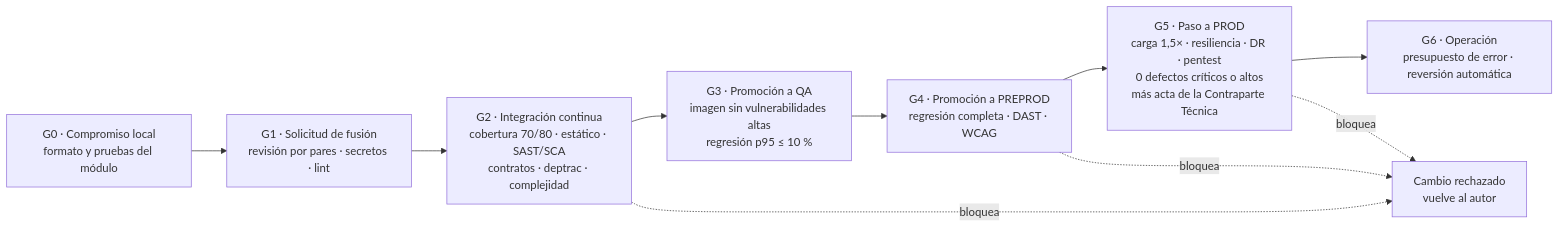
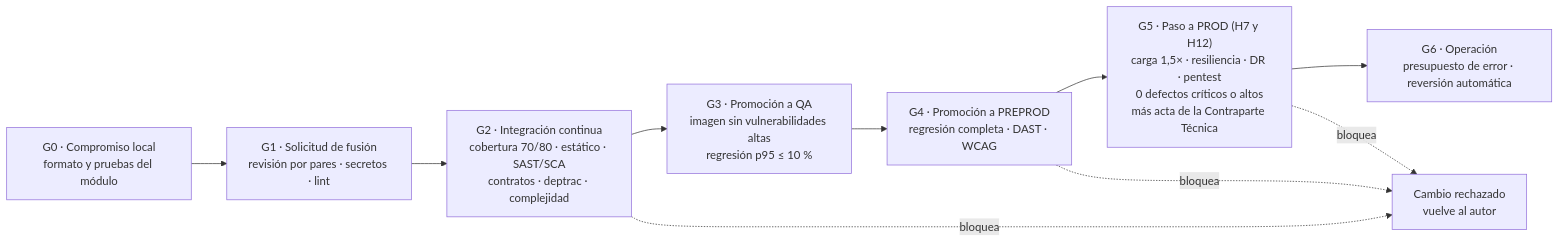
Before and after one commit to PatricioH315/LafroX: the third of 10 diagrams in 09_plan_calidad/LAFROX-Subdocumento9.md, drawn with Mermaid. The commit also changed other lines of this file and 18 other files, not shown here.

````diff
--- a/09_plan_calidad/LAFROX-Subdocumento9.md
+++ b/09_plan_calidad/LAFROX-Subdocumento9.md
@@ -211,12 +207,12 @@
 ```mermaid
 flowchart LR
     G0["G0 · Compromiso local<br/>formato y pruebas del módulo"] --> G1["G1 · Solicitud de fusión<br/>revisión por pares · secretos · lint"]
     G1 --> G2["G2 · Integración continua<br/>cobertura 70/80 · estático · SAST/SCA<br/>contratos · deptrac · complejidad"]
     G2 --> G3["G3 · Promoción a QA<br/>imagen sin vulnerabilidades altas<br/>regresión p95 ≤ 10 %"]
     G3 --> G4["G4 · Promoción a PREPROD<br/>regresión completa · DAST · WCAG"]
-    G4 --> G5["G5 · Paso a PROD<br/>carga 1,5× · resiliencia · DR · pentest<br/>0 defectos críticos o altos<br/>más acta de la Contraparte Técnica"]
+    G4 --> G5["G5 · Paso a PROD (H7 y H12)<br/>carga 1,5× · resiliencia · DR · pentest<br/>0 defectos críticos o altos<br/>más acta de la Contraparte Técnica"]
     G5 --> G6["G6 · Operación<br/>presupuesto de error · reversión automática"]
     G2 -. "bloquea" .-> X["Cambio rechazado<br/>vuelve al autor"]
     G4 -. "bloquea" .-> X
     G5 -. "bloquea" .-> X
 ```
````
